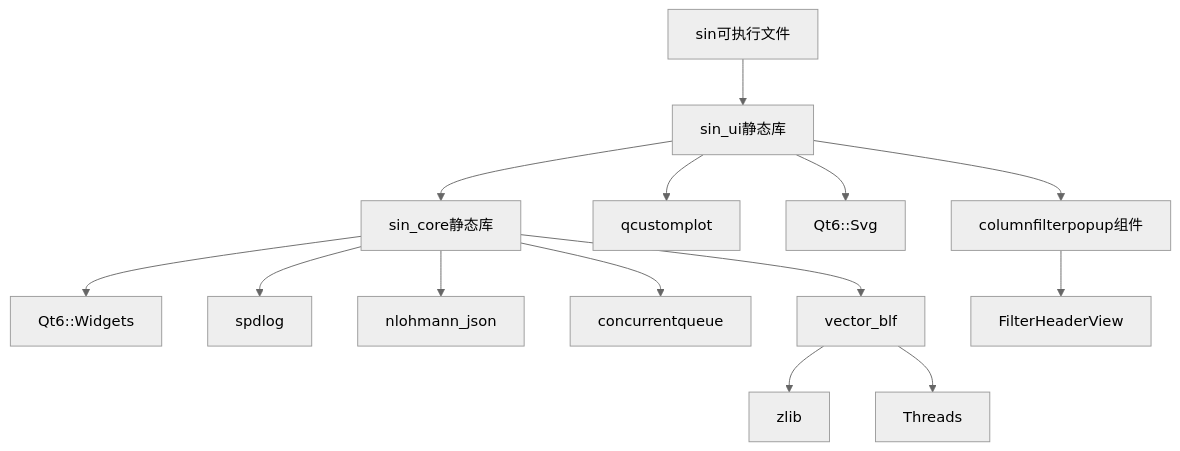
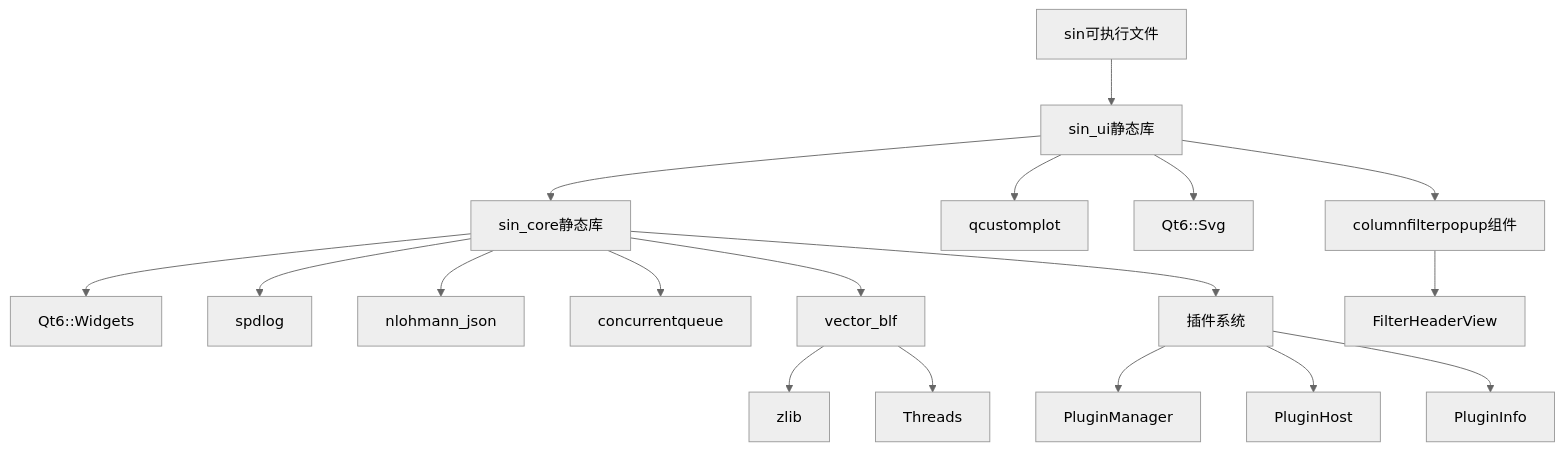
One commit to jakecai1225-design/OpenBus changed the fourth of 4 diagrams in .qoder/repowiki/zh/content/构建和部署/CMake构建配置.md. Above: the diagram before and after it, drawn with Mermaid (neutral theme). The commit also changed other lines of this file and 22 other files, not shown here.

````diff
--- a/.qoder/repowiki/zh/content/构建和部署/CMake构建配置.md
+++ b/.qoder/repowiki/zh/content/构建和部署/CMake构建配置.md
@@ -637,16 +798,20 @@
 ```mermaid
 graph TD
 A[sin可执行文件] --> B[sin_ui静态库]
 B --> C[sin_core静态库]
 C --> D[Qt6::Widgets]
 C --> E[spdlog]
 C --> F[nlohmann_json]
 C --> G[concurrentqueue]
 C --> H[vector_blf]
 H --> I[zlib]
 H --> J[Threads]
 B --> K[qcustomplot]
 B --> L[Qt6::Svg]
 B --> M[columnfilterpopup组件]
 M --> N[FilterHeaderView]
+C --> O[插件系统]
+O --> P[PluginManager]
+O --> Q[PluginHost]
+O --> R[PluginInfo]
 ```
````
